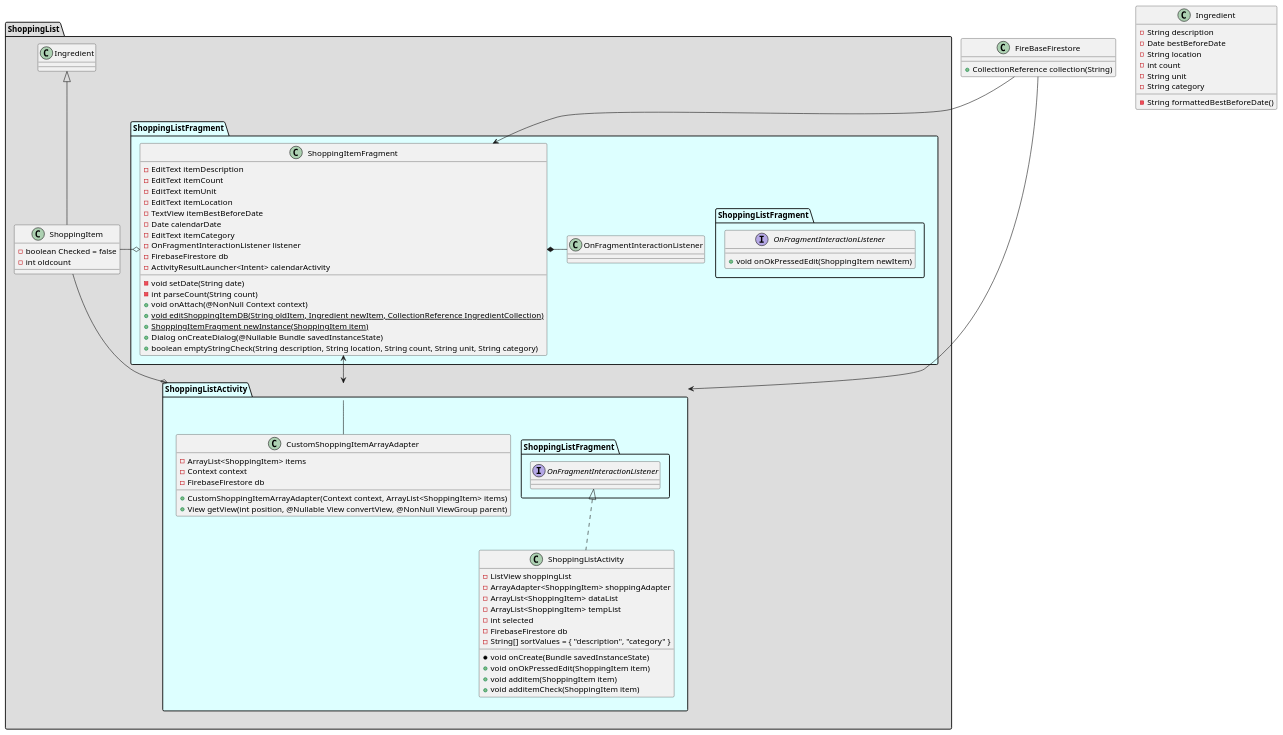
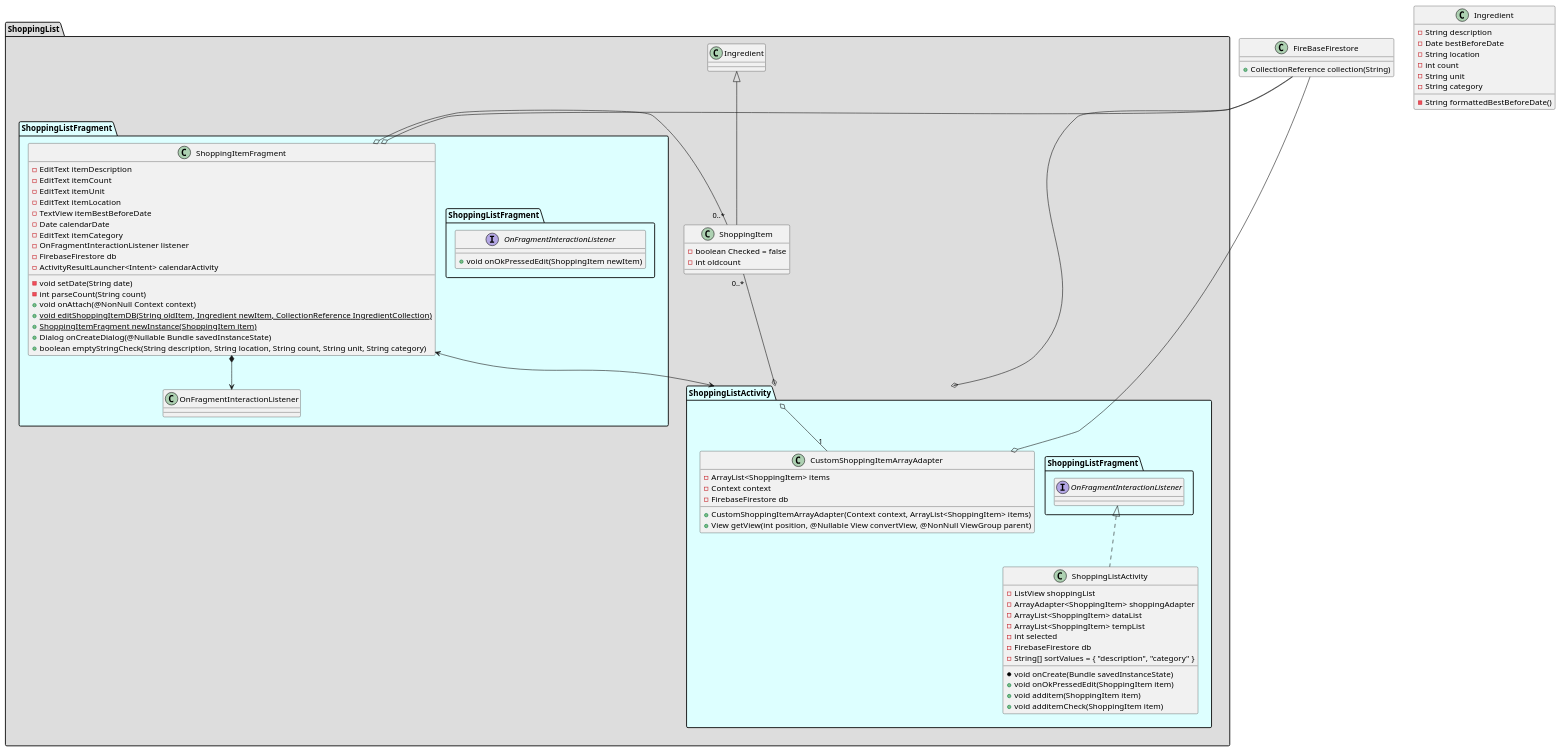
Before and after one commit to CMPUT301F22T31/FoodCart: the diagram in doc/source/ShoppingUML.puml, drawn with PlantUML. The commit also changed 9 other files, not shown here.

Commit message:
UML Relationships fixed, Pictures updated

```diff
--- a/doc/source/ShoppingUML.puml
+++ b/doc/source/ShoppingUML.puml
@@ -1,92 +1,93 @@
 @startuml
 'https://plantuml.com/class-diagram
 class FireBaseFirestore
 {
     +CollectionReference collection(String)
 }
 class Ingredient
 {
     -String description
     -Date bestBeforeDate
     -String location
     -int count
     -String unit
     -String category
 
     -String formattedBestBeforeDate()
 }
 
 package ShoppingList #DDD
 {
     class ShoppingItem extends Ingredient
     {
         -boolean Checked = false
         -int oldcount
     }
     package ShoppingListFragment #DFF
     {
         interface ShoppingListFragment.OnFragmentInteractionListener
         {
             +void onOkPressedEdit(ShoppingItem newItem)
         }
         class ShoppingItemFragment
         {
             -EditText itemDescription
             -EditText itemCount
             -EditText itemUnit
             -EditText itemLocation
             -TextView itemBestBeforeDate
             -Date calendarDate
             -EditText itemCategory
             -OnFragmentInteractionListener listener
             -FirebaseFirestore db
             -ActivityResultLauncher<Intent> calendarActivity
 
             -void setDate(String date)
             -int parseCount(String count)
             +void onAttach(@NonNull Context context)
             +{static}void editShoppingItemDB(String oldItem, Ingredient newItem, CollectionReference IngredientCollection)
             +{static} ShoppingItemFragment newInstance(ShoppingItem item)
             +Dialog onCreateDialog(@Nullable Bundle savedInstanceState)
             +boolean emptyStringCheck(String description, String location, String count, String unit, String category)
 
         }
     }
     package ShoppingListActivity #DFF
     {
         class CustomShoppingItemArrayAdapter
         {
             -ArrayList<ShoppingItem> items
             -Context context
             -FirebaseFirestore db
 
             +CustomShoppingItemArrayAdapter(Context context, ArrayList<ShoppingItem> items)
             +View getView(int position, @Nullable View convertView, @NonNull ViewGroup parent)
         }
         class ShoppingListActivity implements ShoppingListFragment.OnFragmentInteractionListener
         {
                 -ListView shoppingList
                 -ArrayAdapter<ShoppingItem> shoppingAdapter
                 -ArrayList<ShoppingItem> dataList
                 -ArrayList<ShoppingItem> tempList
                 -int selected
                 -FirebaseFirestore db
                 -String[] sortValues = { "description", "category" }
 
                 *void onCreate(Bundle savedInstanceState)
                 +void onOkPressedEdit(ShoppingItem item)
                 +void additem(ShoppingItem item)
                 +void additemCheck(ShoppingItem item)
         }
     }
-    ShoppingListActivity -- CustomShoppingItemArrayAdapter
+    ShoppingListActivity o-- "1" CustomShoppingItemArrayAdapter
     ShoppingItemFragment <--> ShoppingListActivity
 
-    ShoppingItemFragment *- ShoppingListFragment.OnFragmentInteractionListener
-    ShoppingItem -o ShoppingItemFragment
-    ShoppingItem -o ShoppingListActivity
+    ShoppingItemFragment *--> ShoppingListFragment.OnFragmentInteractionListener
+    ShoppingItem "0..*" -o ShoppingItemFragment
+    ShoppingItem "0..*" -o ShoppingListActivity
 
-    FireBaseFirestore --> ShoppingListActivity
-    FireBaseFirestore --> ShoppingItemFragment
+    FireBaseFirestore --o ShoppingListActivity
+    FireBaseFirestore --o ShoppingItemFragment
+    FireBaseFirestore --o CustomShoppingItemArrayAdapter
 }
 @enduml
```
